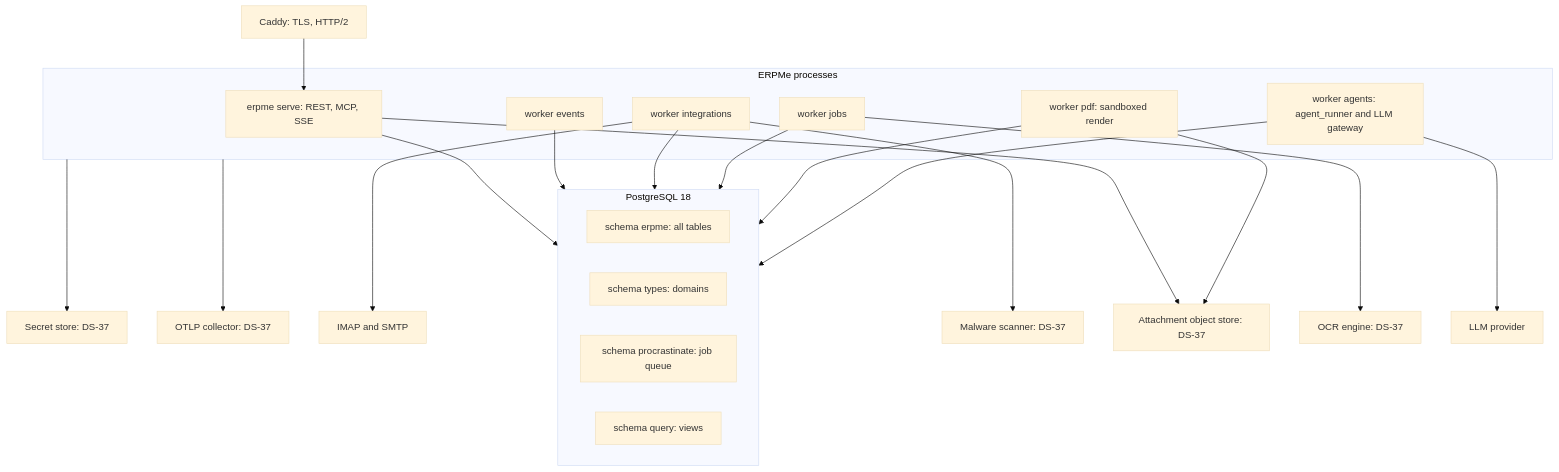
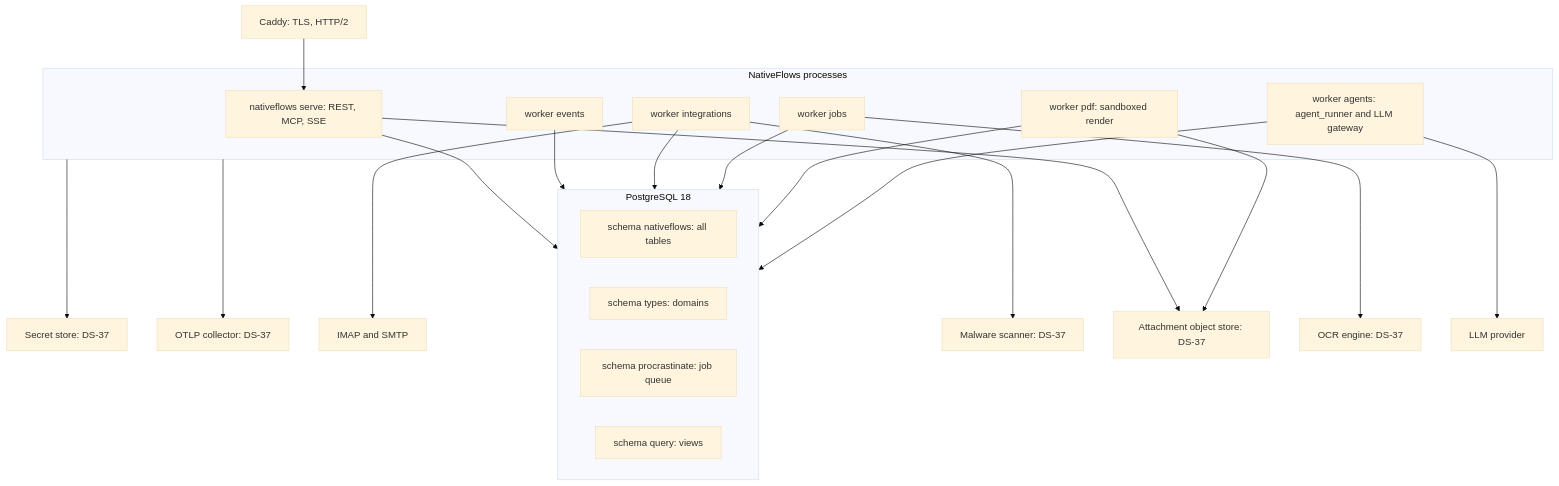
Before and after one commit to AnGaudium/ERPMe: the second of 11 diagrams in docs/design/architecture-overview.md, drawn with Mermaid (base theme). The commit also changed other lines of this file and 173 other files, not shown here.

First line of the commit message:
Rename the system from ERPMe to NativeFlows

````diff
--- a/docs/design/architecture-overview.md
+++ b/docs/design/architecture-overview.md
@@ -100,40 +100,40 @@
 ```mermaid
 flowchart TB
   C["Caddy: TLS, HTTP/2"]
-  subgraph App["ERPMe processes"]
-    API["erpme serve: REST, MCP, SSE"]
+  subgraph App["NativeFlows processes"]
+    API["nativeflows serve: REST, MCP, SSE"]
     WE["worker events"]
     WI["worker integrations"]
     WJ["worker jobs"]
     WP["worker pdf: sandboxed render"]
     WA["worker agents: agent_runner and LLM gateway"]
   end
   subgraph PG["PostgreSQL 18"]
-    S1["schema erpme: all tables"]
+    S1["schema nativeflows: all tables"]
     S2["schema types: domains"]
     S3["schema procrastinate: job queue"]
     S4["schema query: views"]
   end
   OS["Attachment object store: DS-37"]
   AV["Malware scanner: DS-37"]
   OT["OTLP collector: DS-37"]
   SS["Secret store: DS-37"]
   OCR["OCR engine: DS-37"]
   LLM["LLM provider"]
   MAIL["IMAP and SMTP"]
   C --> API
   API --> PG
   WE --> PG
   WI --> PG
   WJ --> PG
   WP --> PG
   WA --> PG
   API --> OS
   WI --> AV
   WI --> MAIL
   WA --> LLM
   WP --> OS
   App --> OT
   App --> SS
   WJ --> OCR
 ```
````
